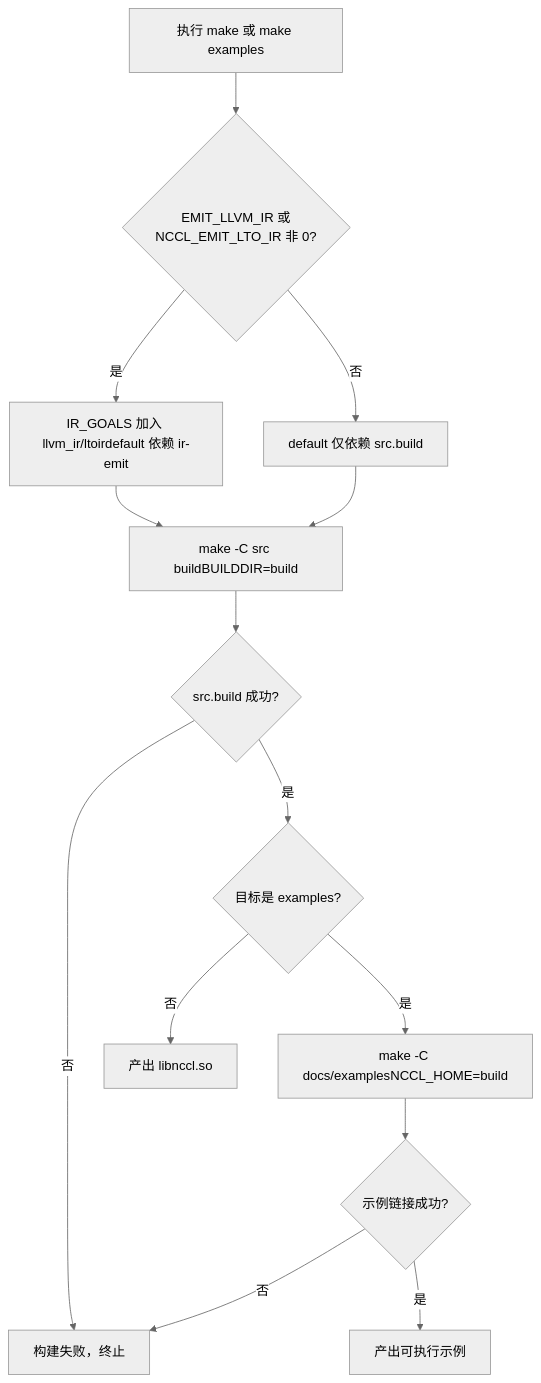
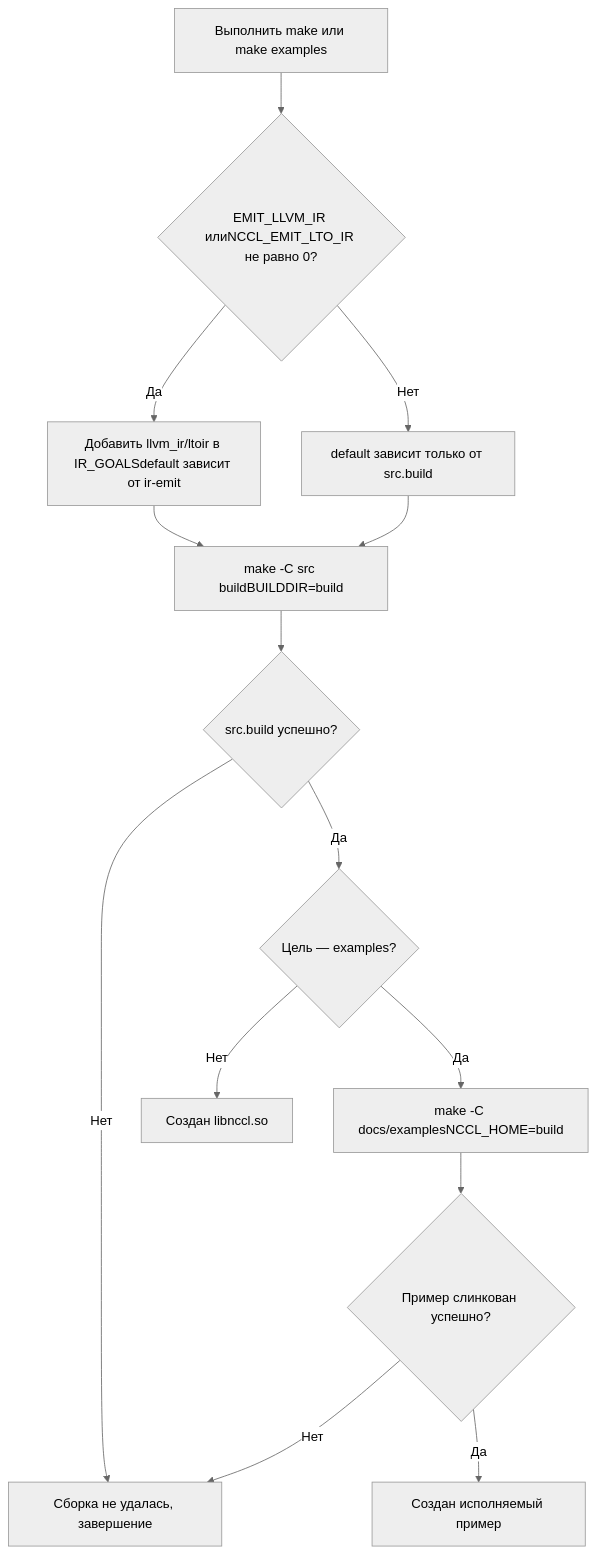
The first of 2 diagrams in books/nccl/ru/01-allreduce-external-behavior.md (maleRjc/AiReadCodeBooks), drawn with Mermaid (neutral theme) before and after one commit. The commit also changed other lines of this file and 74 other files, not shown here.

````diff
--- a/books/nccl/ru/01-allreduce-external-behavior.md
+++ b/books/nccl/ru/01-allreduce-external-behavior.md
@@ -94,16 +94,16 @@
 ```mermaid
 flowchart TD
-    start["执行 make 或 make examples"] --> check_ir{"EMIT_LLVM_IR 或NCCL_EMIT_LTO_IR 非 0?"}
-    check_ir -->|是| add_ir["IR_GOALS 加入 llvm_ir/ltoirdefault 依赖 ir-emit"]
-    check_ir -->|否| only_src["default 仅依赖 src.build"]
+    start["Выполнить make или make examples"] --> check_ir{"EMIT_LLVM_IR илиNCCL_EMIT_LTO_IR не равно 0?"}
+    check_ir -->|Да| add_ir["Добавить llvm_ir/ltoir в IR_GOALSdefault зависит от ir-emit"]
+    check_ir -->|Нет| only_src["default зависит только от src.build"]
     add_ir --> src_build["make -C src buildBUILDDIR=build"]
     only_src --> src_build
-    src_build --> build_ok{"src.build 成功?"}
-    build_ok -->|否| fail["构建失败，终止"]
-    build_ok -->|是| is_examples{"目标是 examples?"}
-    is_examples -->|是| ex_build["make -C docs/examplesNCCL_HOME=build"]
-    is_examples -->|否| done["产出 libnccl.so"]
-    ex_build --> ex_ok{"示例链接成功?"}
-    ex_ok -->|否| fail
-    ex_ok -->|是| runnable["产出可执行示例"]
+    src_build --> build_ok{"src.build успешно?"}
+    build_ok -->|Нет| fail["Сборка не удалась, завершение"]
+    build_ok -->|Да| is_examples{"Цель — examples?"}
+    is_examples -->|Да| ex_build["make -C docs/examplesNCCL_HOME=build"]
+    is_examples -->|Нет| done["Создан libnccl.so"]
+    ex_build --> ex_ok{"Пример слинкован успешно?"}
+    ex_ok -->|Нет| fail
+    ex_ok -->|Да| runnable["Создан исполняемый пример"]
 ```
````
